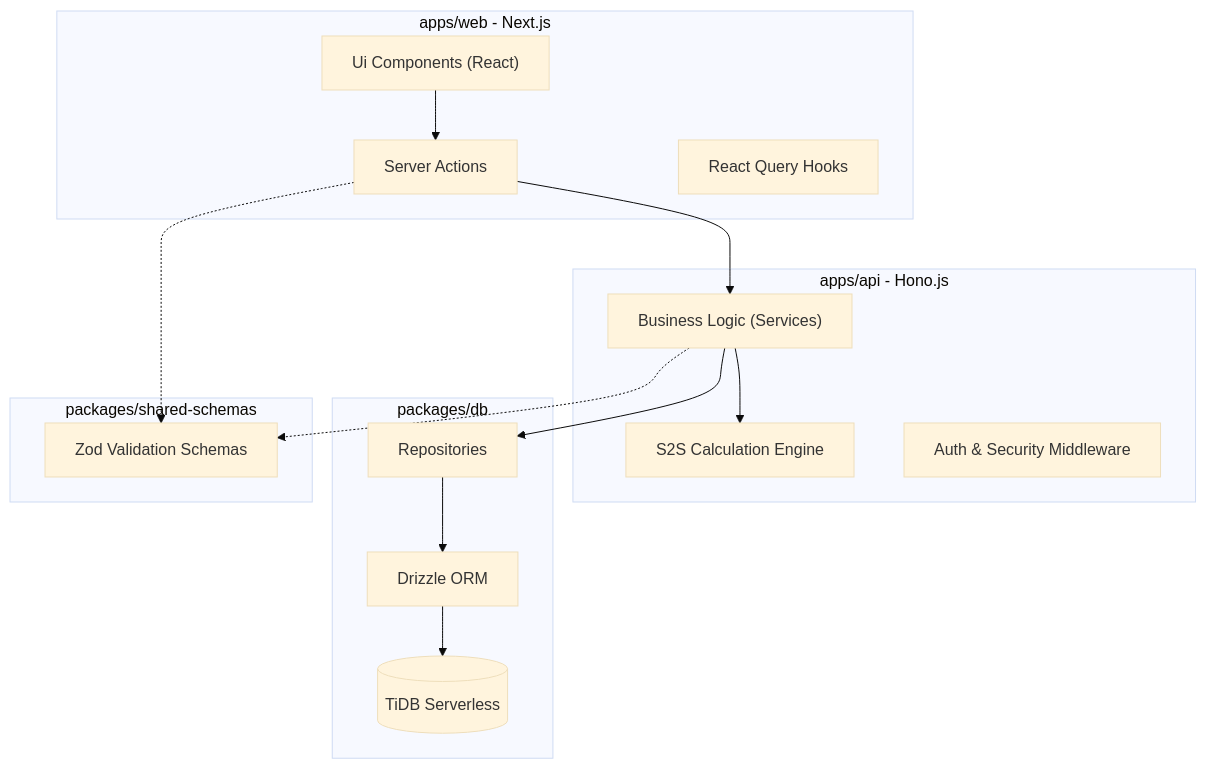
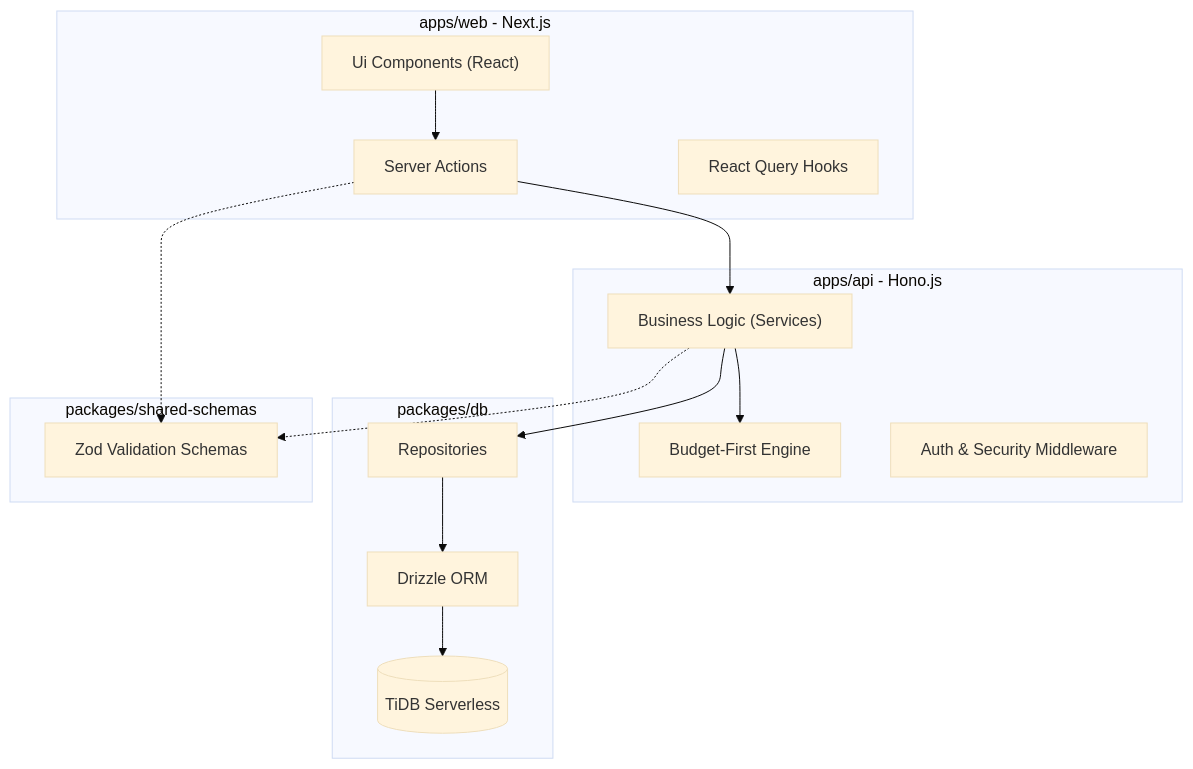
The diagram in doc/wiki/ARCHITECTURE.md (tducn110/Tracker_yourMoney), drawn with Mermaid (base theme) before and after one commit. The commit also changed other lines of this file and 69 other files, not shown here.

````diff
--- a/doc/wiki/ARCHITECTURE.md
+++ b/doc/wiki/ARCHITECTURE.md
@@ -12,33 +12,33 @@
 ```mermaid
 graph TD
     subgraph Frontend [apps/web - Next.js]
         UI["Ui Components (React)"]
         Actions["Server Actions"]
         Hooks["React Query Hooks"]
     end
 
     subgraph Backend [apps/api - Hono.js]
         Services["Business Logic (Services)"]
-        S2SEngine["S2S Calculation Engine"]
+        BudgetEngine["Budget-First Engine"]
         Middleware["Auth & Security Middleware"]
     end
 
     subgraph DataLayer [packages/db]
         Repos["Repositories"]
         Drizzle["Drizzle ORM"]
         TiDB[("TiDB Serverless")]
     end
 
     subgraph Shared [packages/shared-schemas]
         Zod["Zod Validation Schemas"]
     end
 
     UI --> Actions
     Actions --> Services
-    Services --> S2SEngine
+    Services --> BudgetEngine
     Services --> Repos
     Repos --> Drizzle
     Drizzle --> TiDB
     Actions -.-> Zod
     Services -.-> Zod
 ```
````
